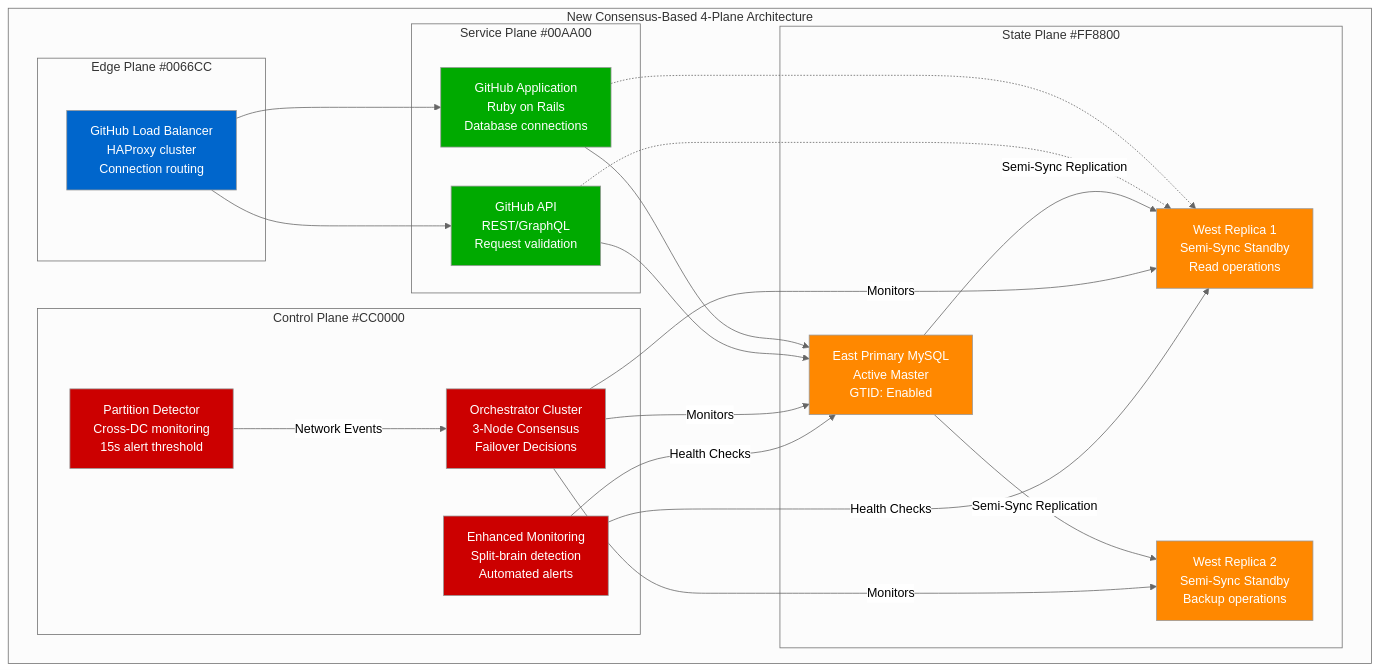
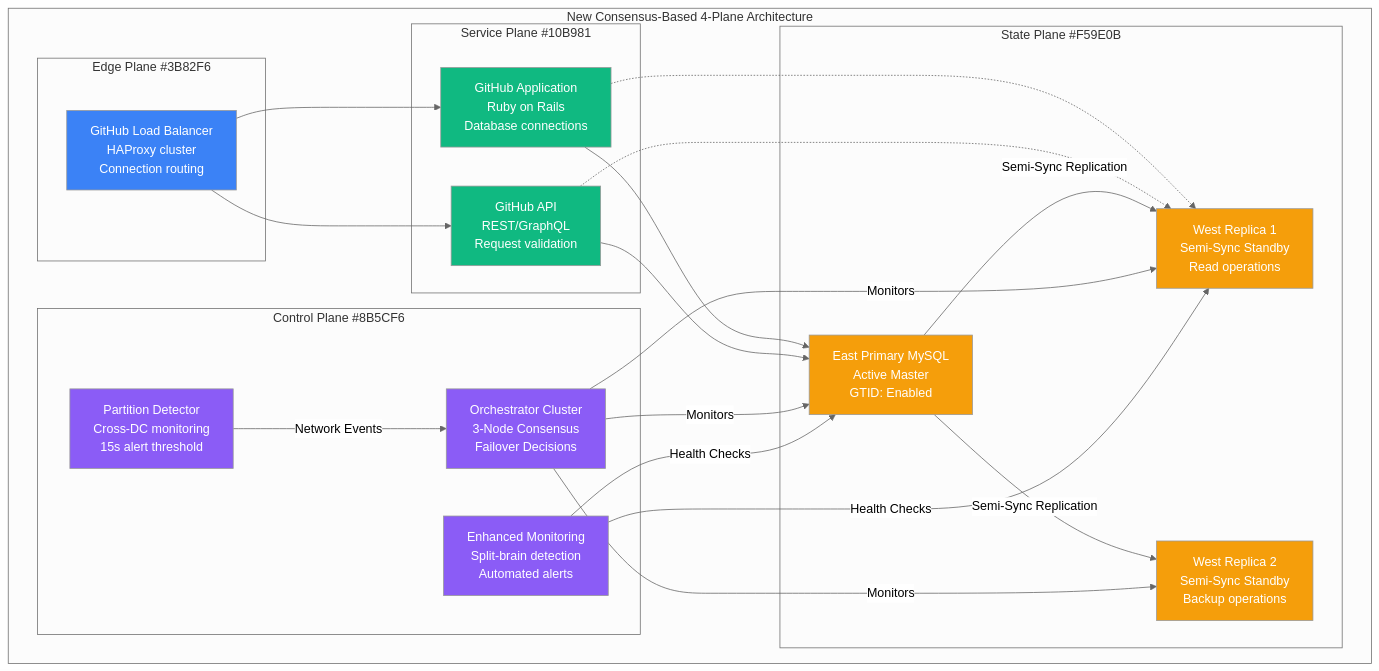
Before and after one commit to deepaucksharma/DS: the third of 3 diagrams in site/docs/incidents/github-2018.md, drawn with Mermaid (neutral theme). The commit also changed other lines of this file and 303 other files, not shown here.

````diff
--- a/site/docs/incidents/github-2018.md
+++ b/site/docs/incidents/github-2018.md
@@ -333,53 +333,53 @@
 ```mermaid
 graph TB
     subgraph Enhanced["New Consensus-Based 4-Plane Architecture"]
-        subgraph Edge["Edge Plane #0066CC"]
+        subgraph Edge["Edge Plane #3B82F6"]
             GitHubLB["GitHub Load Balancer<br/>HAProxy cluster<br/>Connection routing"]
         end
 
-        subgraph Service["Service Plane #00AA00"]
+        subgraph Service["Service Plane #10B981"]
             GitHubApp["GitHub Application<br/>Ruby on Rails<br/>Database connections"]
             API["GitHub API<br/>REST/GraphQL<br/>Request validation"]
         end
 
-        subgraph State["State Plane #FF8800"]
+        subgraph State["State Plane #F59E0B"]
             EastPrimary["East Primary MySQL<br/>Active Master<br/>GTID: Enabled"]
             WestReplica1["West Replica 1<br/>Semi-Sync Standby<br/>Read operations"]
             WestReplica2["West Replica 2<br/>Semi-Sync Standby<br/>Backup operations"]
         end
 
-        subgraph Control["Control Plane #CC0000"]
+        subgraph Control["Control Plane #8B5CF6"]
             Orchestrator["Orchestrator Cluster<br/>3-Node Consensus<br/>Failover Decisions"]
             PartitionDetector["Partition Detector<br/>Cross-DC monitoring<br/>15s alert threshold"]
             Monitoring["Enhanced Monitoring<br/>Split-brain detection<br/>Automated alerts"]
         end
 
         GitHubLB --> GitHubApp
         GitHubLB --> API
         GitHubApp --> EastPrimary
         API --> EastPrimary
         GitHubApp -.-> WestReplica1
         API -.-> WestReplica1
 
         EastPrimary -->|"Semi-Sync Replication"| WestReplica1
         EastPrimary -->|"Semi-Sync Replication"| WestReplica2
 
         Orchestrator -->|"Monitors"| EastPrimary
         Orchestrator -->|"Monitors"| WestReplica1
         Orchestrator -->|"Monitors"| WestReplica2
         PartitionDetector -->|"Network Events"| Orchestrator
         Monitoring -->|"Health Checks"| EastPrimary
         Monitoring -->|"Health Checks"| WestReplica1
     end
 
     %% Apply 4-plane architecture colors
-    classDef edgeStyle fill:#0066CC,color:#fff
-    classDef serviceStyle fill:#00AA00,color:#fff
-    classDef stateStyle fill:#FF8800,color:#fff
-    classDef controlStyle fill:#CC0000,color:#fff
+    classDef edgeStyle fill:#3B82F6,color:#fff
+    classDef serviceStyle fill:#10B981,color:#fff
+    classDef stateStyle fill:#F59E0B,color:#fff
+    classDef controlStyle fill:#8B5CF6,color:#fff
 
     class GitHubLB edgeStyle
     class GitHubApp,API serviceStyle
     class EastPrimary,WestReplica1,WestReplica2 stateStyle
     class Orchestrator,PartitionDetector,Monitoring controlStyle
 ```
````
